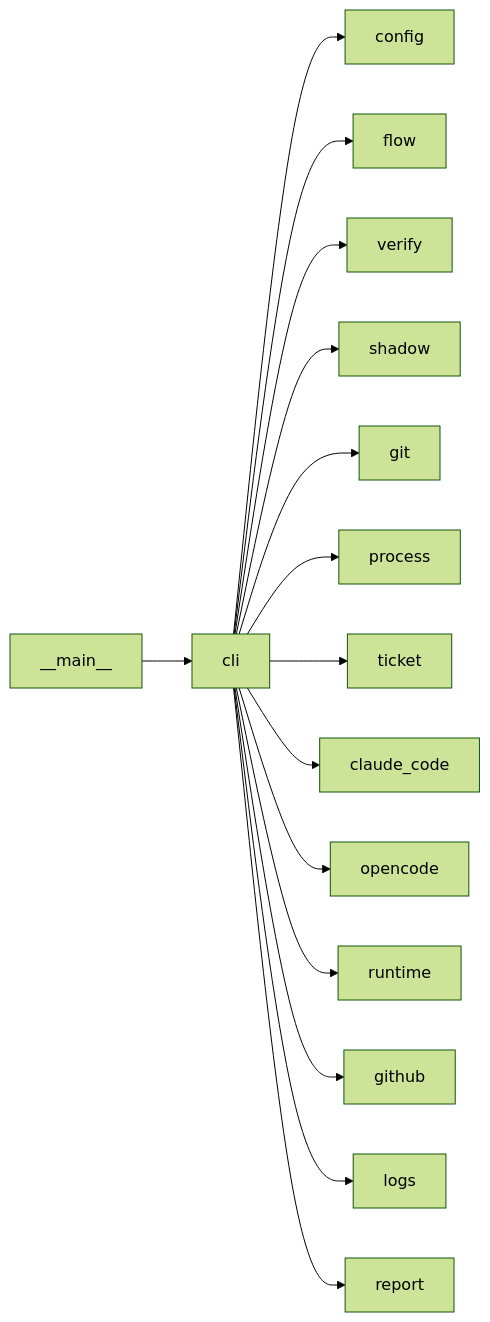
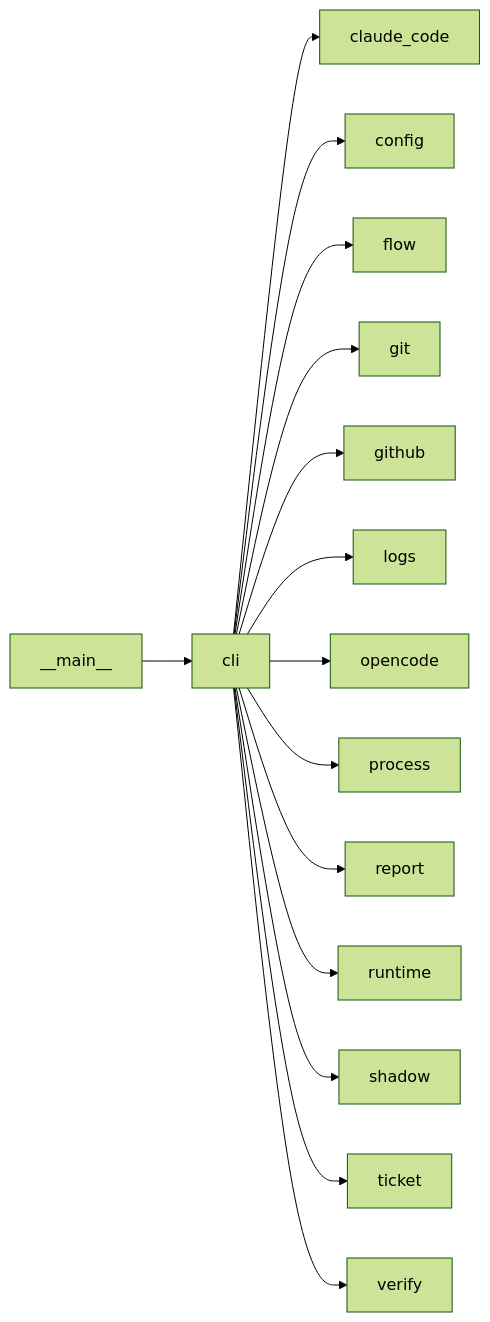
The diagram in docs/architecture/modules/cli.md (plaplanche/ariane), drawn with Mermaid (forest theme) before and after one commit. The commit also changed other lines of this file and 33 other files, not shown here.

Commit message:
#120: Generate the module dependency graphs of the architecture docs from the code (C25)

````diff
--- a/docs/architecture/modules/cli.md
+++ b/docs/architecture/modules/cli.md
@@ -15,17 +16,17 @@
 ```mermaid
 flowchart LR
+  __main__ --> cli
+  cli --> claude_code
   cli --> config
   cli --> flow
-  cli --> verify
-  cli --> shadow
   cli --> git
-  cli --> process
-  cli --> ticket
-  cli --> claude_code
-  cli --> opencode
-  cli --> runtime
   cli --> github
   cli --> logs
+  cli --> opencode
+  cli --> process
   cli --> report
-  __main__ --> cli
+  cli --> runtime
+  cli --> shadow
+  cli --> ticket
+  cli --> verify
 ```
````
